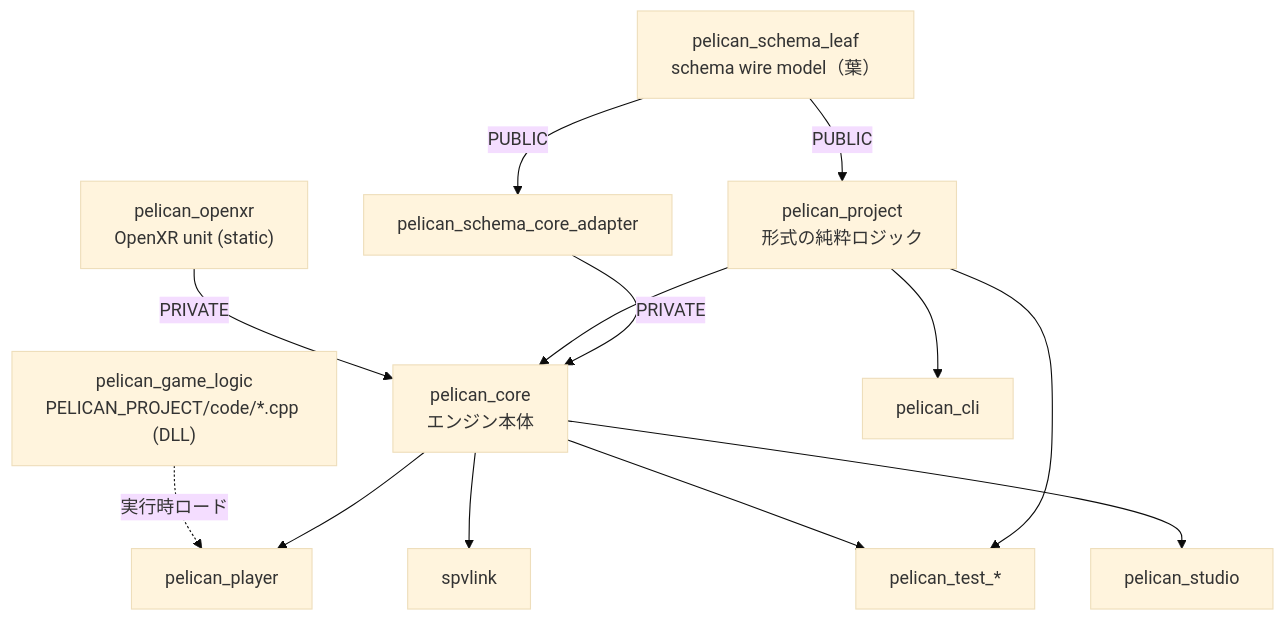
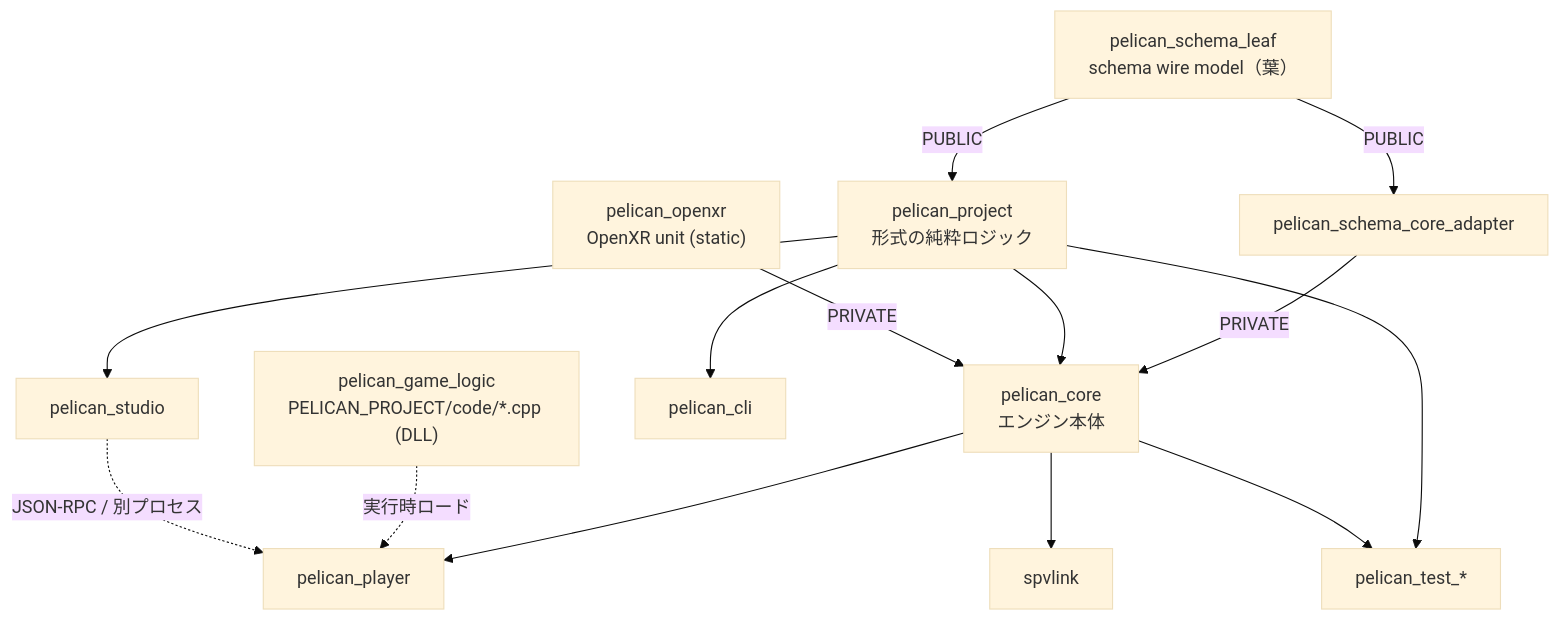
The first of 2 diagrams in docs/source-code-guide/01_architecture_and_build.md (pelican-games/peligraph), drawn with Mermaid (base theme) before and after one commit. The commit also changed other lines of this file and 4 other files, not shown here.

````diff
--- a/docs/source-code-guide/01_architecture_and_build.md
+++ b/docs/source-code-guide/01_architecture_and_build.md
@@ -24,27 +24,28 @@
 ```mermaid
 flowchart TB
     SchemaLeaf["pelican_schema_leaf<br/>schema wire model（葉）"]
     SchemaAdapter["pelican_schema_core_adapter"]
     ProjectLib["pelican_project<br/>形式の純粋ロジック"]
     CoreLib["pelican_core<br/>エンジン本体"]
     OpenXRLib["pelican_openxr<br/>OpenXR unit (static)"]
     Player["pelican_player"]
     GameDLL["pelican_game_logic<br/>PELICAN_PROJECT/code/*.cpp (DLL)"]
     CLI["pelican_cli"]
     SpvLink["spvlink"]
     Studio["pelican_studio"]
     Tests["pelican_test_*"]
 
     SchemaLeaf -->|"PUBLIC"| ProjectLib
     SchemaLeaf -->|"PUBLIC"| SchemaAdapter
     SchemaAdapter -->|"PRIVATE"| CoreLib
     ProjectLib --> CoreLib
     OpenXRLib -->|"PRIVATE"| CoreLib
     CoreLib --> Player
     GameDLL -.->|"実行時ロード"| Player
     ProjectLib --> CLI
     CoreLib --> SpvLink
-    CoreLib --> Studio
+    ProjectLib --> Studio
+    Studio -.->|"JSON-RPC / 別プロセス"| Player
     ProjectLib --> Tests
     CoreLib --> Tests
 ```
````
